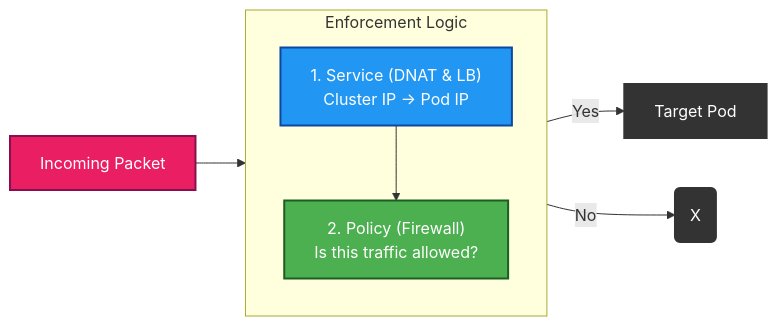
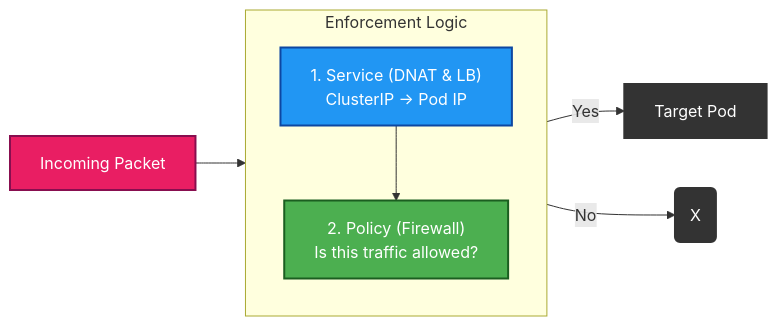
Diagram 11 of 13 in _posts/2025-09-07-kubernetes-networking-series-part-2.md (SRodi/srodi.github.io), drawn with Mermaid before and after one commit. The commit also changed other lines of this file, not shown here.

````diff
--- a/_posts/2025-09-07-kubernetes-networking-series-part-2.md
+++ b/_posts/2025-09-07-kubernetes-networking-series-part-2.md
@@ -635,21 +635,21 @@
 ```mermaid
 graph LR
     %% Dark Mode Friendly Palette
     classDef packet fill:#e91e63,stroke:#880e4f,stroke-width:2px,color:#fff
     classDef blue fill:#2196f3,stroke:#0d47a1,stroke-width:2px,color:#fff
     classDef green fill:#4caf50,stroke:#1b5e20,stroke-width:2px,color:#fff
     classDef pod fill:#333,stroke:#333,stroke-width:2px,color:#fff
 
     Incoming[Incoming Packet]:::packet --> NodeLogic
 
     subgraph NodeLogic ["Enforcement Logic"]
         direction TB
-        Service["1. Service (DNAT & LB)<br>Cluster IP &rarr; Pod IP"]:::blue
+        Service["1. Service (DNAT & LB)<br>ClusterIP &rarr; Pod IP"]:::blue
         Policy["2. Policy (Firewall)<br>Is this traffic allowed?"]:::green
         
         Service --> Policy
     end
 
     Policy -->|Yes| Pod[Target Pod]:::pod
     Policy -->|No| Drop(X):::pod
 ```
````
